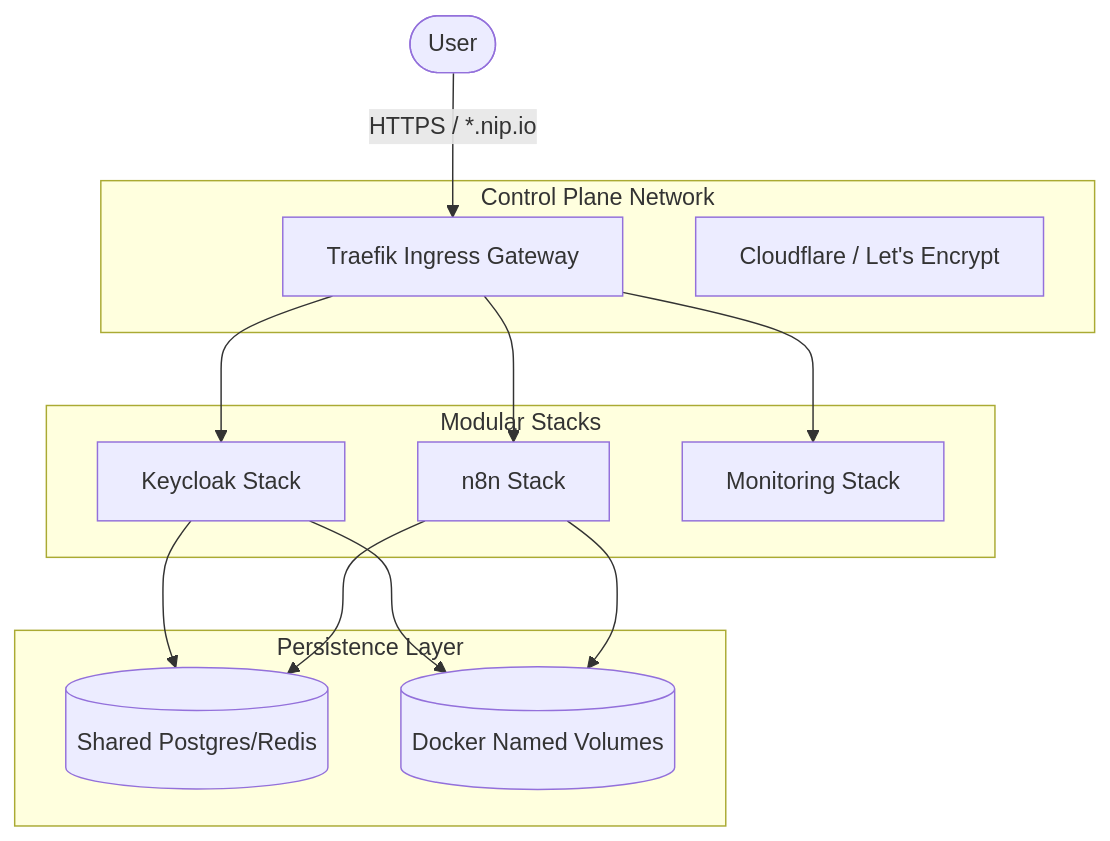
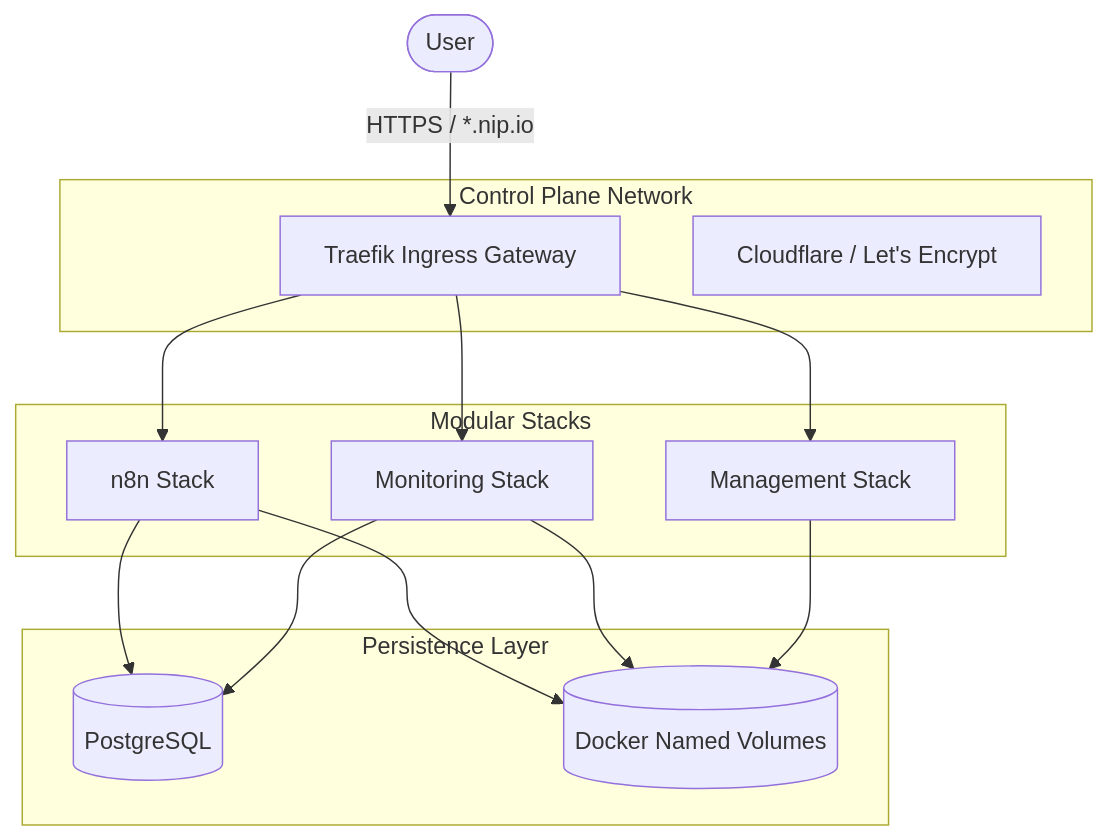
One commit to chinmaymjog/cloudops-sandbox changed the diagram in README.md. Above: the diagram before and after it, drawn with Mermaid. The commit also changed other lines of this file and 35 other files, not shown here.

````diff
--- a/README.md
+++ b/README.md
@@ -13,30 +15,31 @@
 ```mermaid
 graph TD
     User([User]) -->|HTTPS / *.nip.io| Traefik[Traefik Ingress Gateway]
-    
+
     subgraph "Control Plane Network"
         Traefik
         DNS[Cloudflare / Let's Encrypt]
     end
 
     subgraph "Modular Stacks"
-        App1[Keycloak Stack]
-        App2[n8n Stack]
-        App3[Monitoring Stack]
+        App1[n8n Stack]
+        App2[Monitoring Stack]
+        App3[Management Stack]
     end
 
     subgraph "Persistence Layer"
-        DB[(Shared Postgres/Redis)]
+        DB[(PostgreSQL)]
         Vol[(Docker Named Volumes)]
     end
 
     Traefik --> App1
     Traefik --> App2
     Traefik --> App3
-    
+
     App1 --> DB
     App2 --> DB
-    
+
     App1 --> Vol
     App2 --> Vol
+    App3 --> Vol
 ```
````
